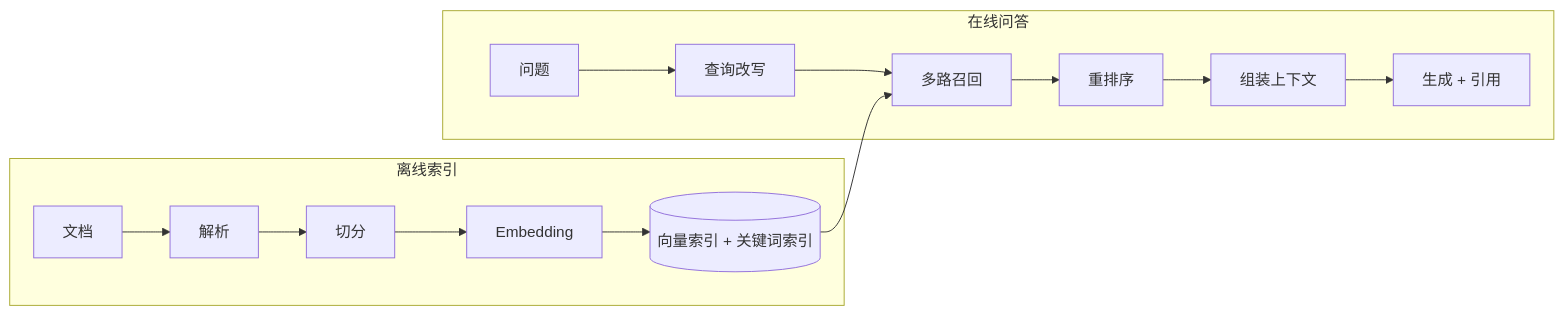
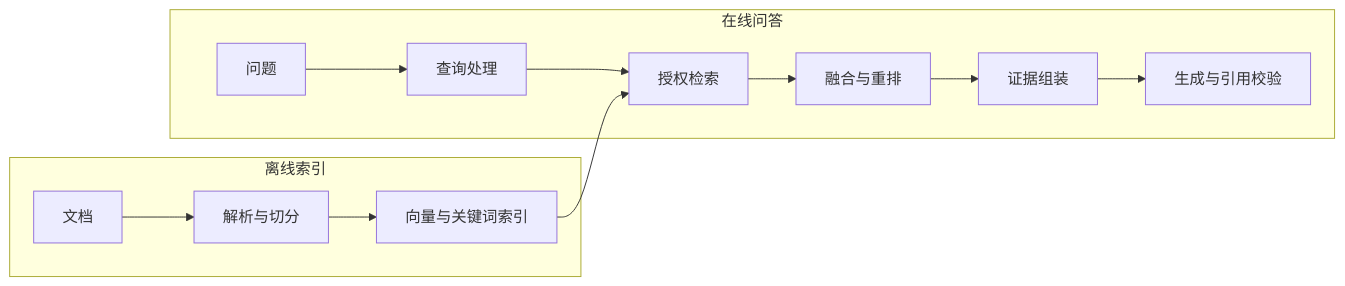
Before and after one commit to LoveOrange/coding101: the diagram in docs/ai/rag/rag.mdx, drawn with Mermaid. The commit also changed other lines of this file and 12 other files, not shown here.

````diff
--- a/docs/ai/rag/rag.mdx
+++ b/docs/ai/rag/rag.mdx
@@ -22,10 +22,11 @@
 ```mermaid
 flowchart LR
   subgraph 离线索引
-    A[文档] --> B[解析] --> C[切分] --> D[Embedding] --> E[(向量索引 + 关键词索引)]
+    A[文档] --> B[解析与切分] --> C[向量与关键词索引]
   end
   subgraph 在线问答
-    Q[问题] --> R[查询改写] --> S[多路召回] --> T[重排序] --> U[组装上下文] --> V[生成 + 引用]
+    Q[问题] --> R[查询处理] --> S[授权检索] --> T[融合与重排]
+    T --> U[证据组装] --> V[生成与引用校验]
   end
-  E --> S
+  C --> S
 ```
````
